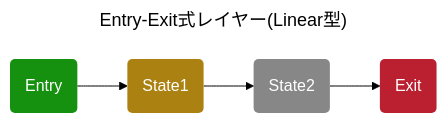
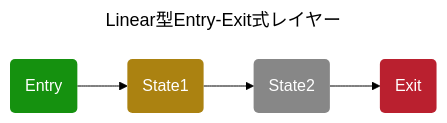
The third of 3 diagrams in .docs/content/docs/reference/trace-and-optimize/index.ja.md (anatawa12/AvatarOptimizer), drawn with Mermaid (forest theme) before and after one commit. The commit also changed other lines of this file, not shown here.

Commit message:
docs: ちょっと戻す

````diff
--- a/.docs/content/docs/reference/trace-and-optimize/index.ja.md
+++ b/.docs/content/docs/reference/trace-and-optimize/index.ja.md
@@ -125,18 +125,18 @@
   ```mermaid
   ---
-  title: Entry-Exit式レイヤー(Linear型)
+  title: Linear型Entry-Exit式レイヤー
   ---
   flowchart LR;
         Entry(Entry) --> State1(State1);
         State1 --> State2(State2);
         State2 --> Exit(Exit);
 
   classDef node stroke-width:0px,color:#ffffff
   classDef defaultState fill:#ab8211
   classDef state fill:#878787
   style Exit fill:#ba202f
   style Entry fill:#15910f
   class Entry,State1,State2,Exit node
   class State1 defaultState
   class State2 state
   ```
````
